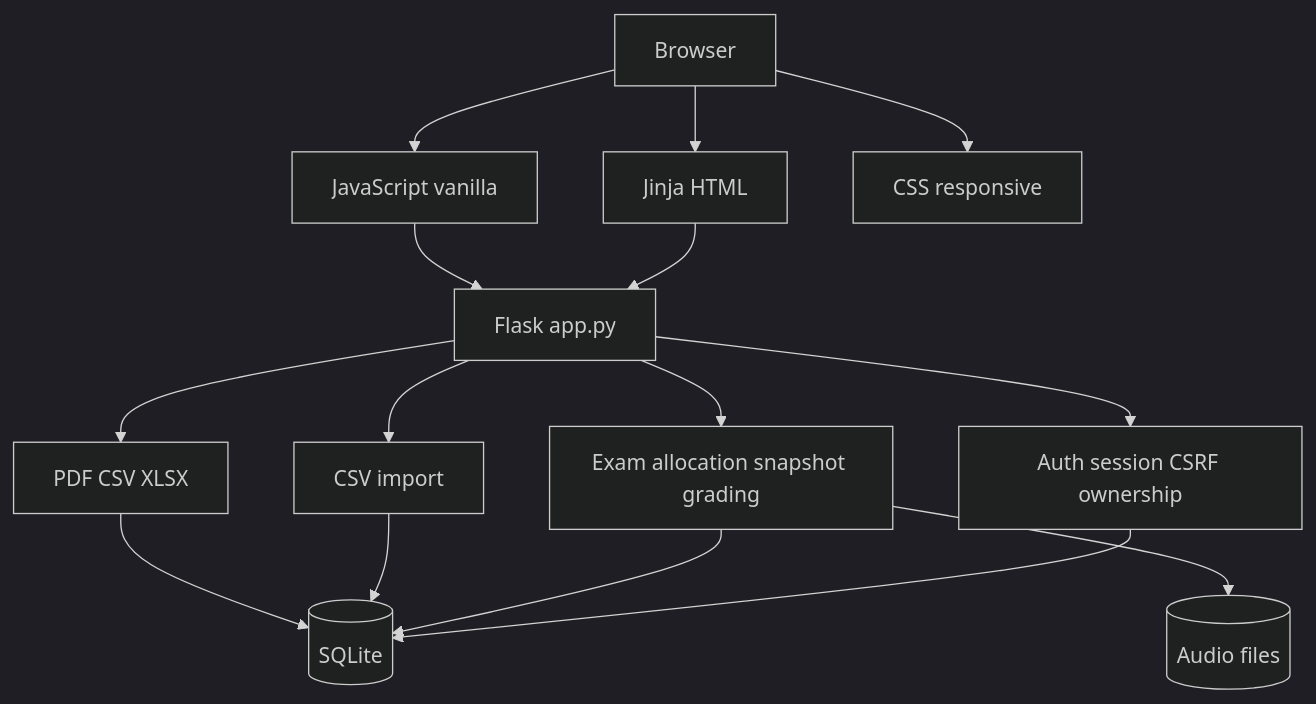
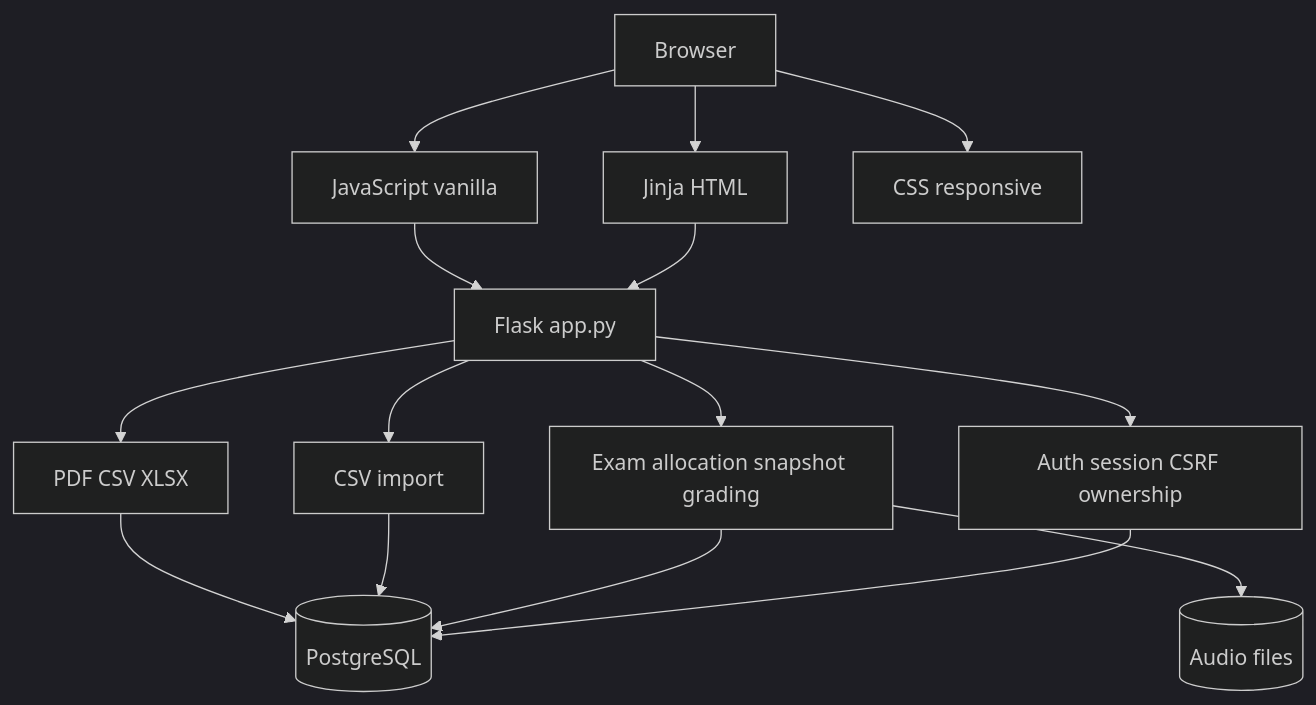
The second of 16 diagrams in docs/12-diagrams.md (avismael/AssesStudio), drawn with Mermaid (dark theme) before and after one commit. The commit also changed other lines of this file and 56 other files, not shown here.

````diff
--- a/docs/12-diagrams.md
+++ b/docs/12-diagrams.md
@@ -46,17 +46,17 @@
 ```mermaid
 flowchart TB
     Browser[Browser] --> Templates[Jinja HTML]
     Browser --> JS[JavaScript vanilla]
     Browser --> CSS[CSS responsive]
     Templates --> Flask[Flask app.py]
     JS --> Flask
     Flask --> Auth[Auth session CSRF ownership]
     Flask --> Exam[Exam allocation snapshot grading]
     Flask --> Import[CSV import]
     Flask --> Export[PDF CSV XLSX]
-    Auth --> DB[(SQLite)]
+    Auth --> DB[(PostgreSQL)]
     Exam --> DB
     Import --> DB
     Export --> DB
     Exam --> Files[(Audio files)]
 ```
````
